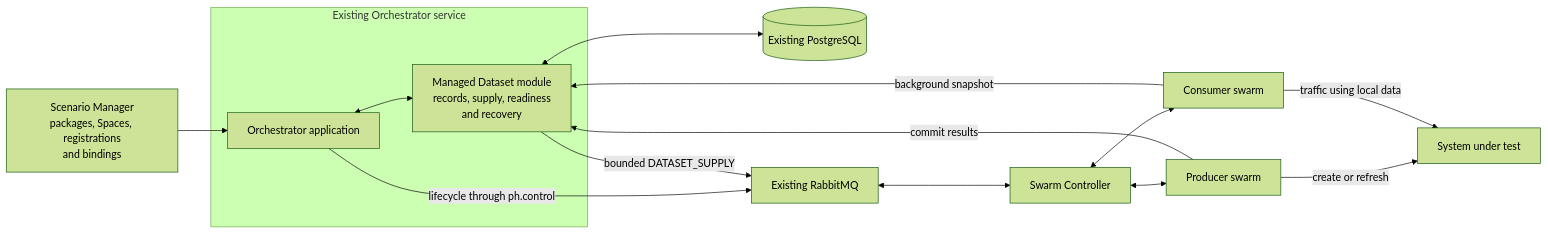
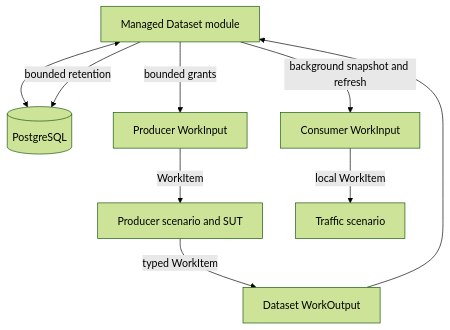
One commit to sepa79/PocketHive changed the diagram in docs/inProgress/managed-datasets-team-design-overview.md. Above: the diagram before and after it, drawn with Mermaid (forest theme). The commit also changed other lines of this file and 7 other files, not shown here.

Commit message:
Tighten managed test data lifecycle MVP

````diff
--- a/docs/inProgress/managed-datasets-team-design-overview.md
+++ b/docs/inProgress/managed-datasets-team-design-overview.md
@@ -31,29 +15,11 @@
-~~~mermaid
-flowchart LR
-  SM[Scenario Manager<br/>packages, Spaces, registrations<br/>and bindings]
-
-  subgraph ORCH[Existing Orchestrator service]
-    OA[Orchestrator application]
-    MD[Managed Dataset module<br/>records, supply, readiness<br/>and recovery]
-    OA <--> MD
-  end
-
-  PG[(Existing PostgreSQL)]
-  RMQ[Existing RabbitMQ]
-  SC[Swarm Controller]
-  PS[Producer swarm]
-  CS[Consumer swarm]
-  SUT[System under test]
-
-  SM --> OA
-  MD <--> PG
-  OA -->|lifecycle through ph.control| RMQ
-  RMQ <--> SC
-  SC <--> PS
-  SC <--> CS
-  MD -->|bounded DATASET_SUPPLY| RMQ
-  PS -->|create or refresh| SUT
-  PS -->|commit results| MD
-  CS -->|background snapshot| MD
-  CS -->|traffic using local data| SUT
-~~~
+```mermaid
+flowchart TD
+  API["Managed Dataset module"] <--> PG[(PostgreSQL)]
+  API -->|bounded grants| IN["Producer WorkInput"]
+  IN -->|WorkItem| P["Producer scenario and SUT"]
+  P -->|typed WorkItem| OUT["Dataset WorkOutput"]
+  OUT --> API
+  API -->|background snapshot and refresh| C["Consumer WorkInput"]
+  C -->|local WorkItem| T["Traffic scenario"]
+  API -->|bounded retention| PG
+```
````
